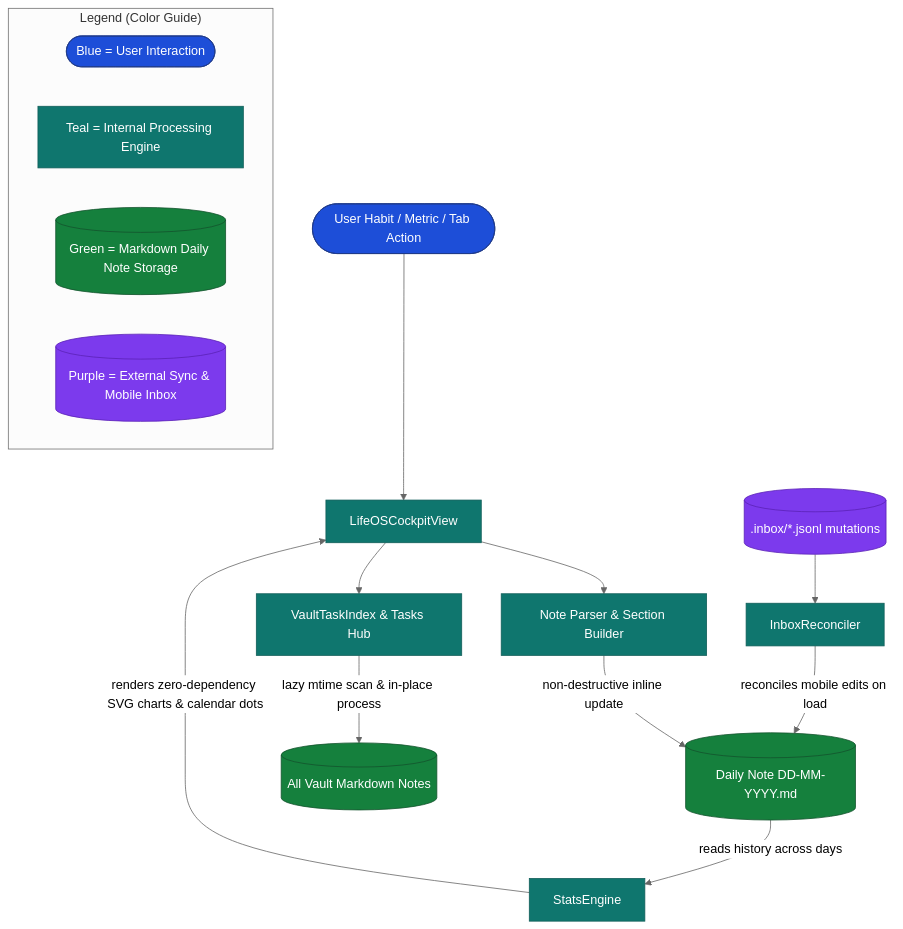
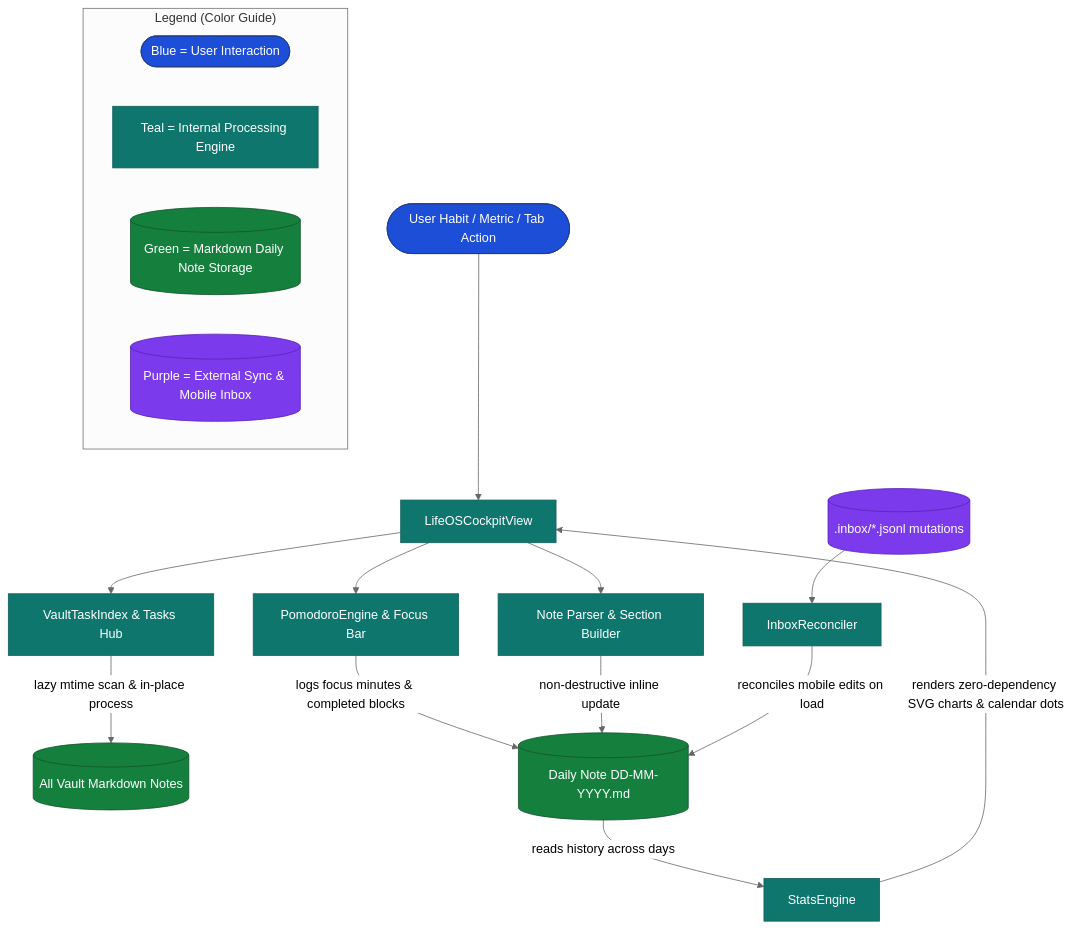
The first of 4 diagrams in docs/ARCHITECTURE.md (Mostakim2005/life-os), drawn with Mermaid (neutral theme) before and after one commit. The commit also changed other lines of this file and 16 other files, not shown here.

Commit message:
feat(focus): add Phase 3 built-in Pomodoro timer, Zen focus mode, and focus analytics (v2.3.0)

````diff
--- a/docs/ARCHITECTURE.md
+++ b/docs/ARCHITECTURE.md
@@ -6,25 +6,27 @@
 ```mermaid
 flowchart TB
     %% Color Definitions (Obsidian & GitHub compatible)
     classDef startNode fill:#1d4ed8,stroke:#1e3a8a,color:#ffffff
     classDef processNode fill:#0f766e,stroke:#115e59,color:#ffffff
     classDef outputNode fill:#15803d,stroke:#14532d,color:#ffffff
     classDef bridgeNode fill:#7c3aed,stroke:#5b21b6,color:#ffffff
 
     User([User Habit / Metric / Tab Action]):::startNode --> Cockpit[LifeOSCockpitView]:::processNode
     Cockpit --> NoteParser[Note Parser & Section Builder]:::processNode
     Cockpit --> TaskHub[VaultTaskIndex & Tasks Hub]:::processNode
+    Cockpit --> FocusTimer[PomodoroEngine & Focus Bar]:::processNode
     TaskHub -->|lazy mtime scan & in-place process| VaultFiles[(All Vault Markdown Notes)]:::outputNode
+    FocusTimer -->|logs focus minutes & completed blocks| NoteFile
     NoteParser -->|non-destructive inline update| NoteFile[(Daily Note DD-MM-YYYY.md)]:::outputNode
     NoteFile -->|reads history across days| Stats[StatsEngine]:::processNode
     Stats -->|renders zero-dependency SVG charts & calendar dots| Cockpit
     Inbox[(.inbox/*.jsonl mutations)]:::bridgeNode --> Reconciler[InboxReconciler]:::processNode
     Reconciler -->|reconciles mobile edits on load| NoteFile
 
     subgraph Legend["Legend (Color Guide)"]
         L1([Blue = User Interaction]):::startNode
         L2[Teal = Internal Processing Engine]:::processNode
         L3[(Green = Markdown Daily Note Storage)]:::outputNode
         L4[(Purple = External Sync & Mobile Inbox)]:::bridgeNode
     end
 ```
````
